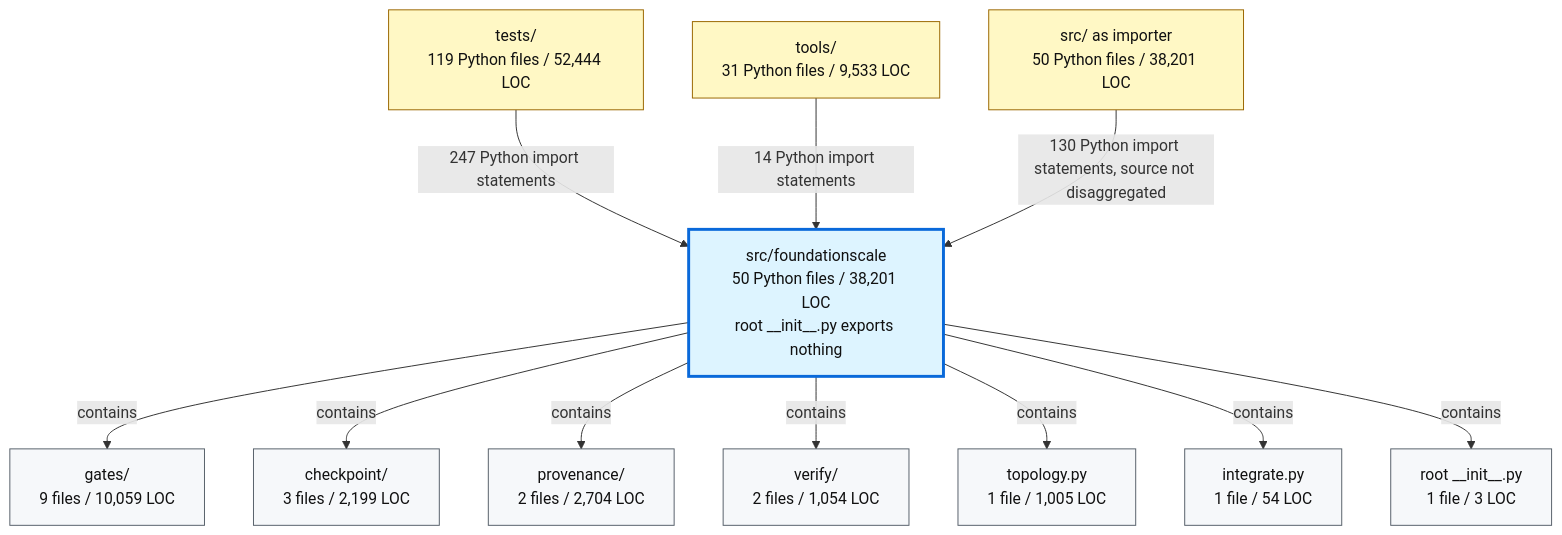
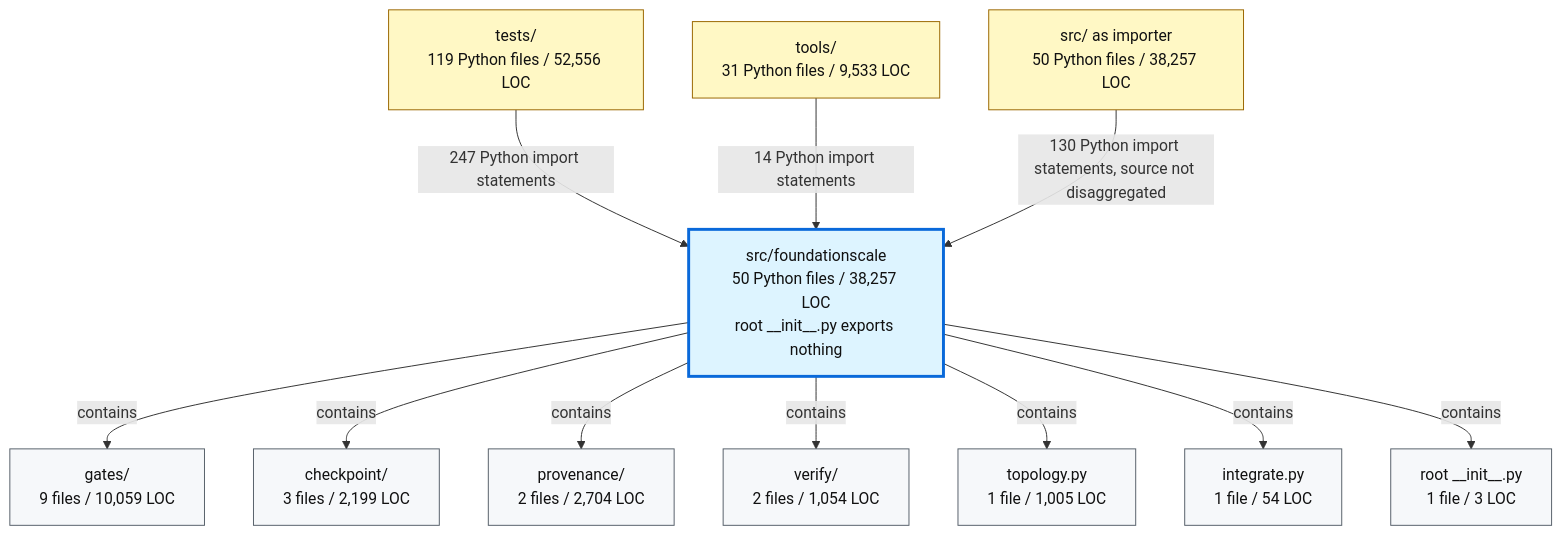
Before and after one commit to TranNhiem/FoundationScale: the second of 2 diagrams in docs/review/D2_current_architecture.md, drawn with Mermaid. The commit also changed other lines of this file and 19 other files, not shown here.

````diff
--- a/docs/review/D2_current_architecture.md
+++ b/docs/review/D2_current_architecture.md
@@ -97,36 +97,36 @@
 ```mermaid
 flowchart TB
-  TESTS["tests/<br/>119 Python files / 52,444 LOC"]
+  TESTS["tests/<br/>119 Python files / 52,556 LOC"]
   TOOLS["tools/<br/>31 Python files / 9,533 LOC"]
-  SRC["src/ as importer<br/>50 Python files / 38,201 LOC"]
+  SRC["src/ as importer<br/>50 Python files / 38,257 LOC"]
 
-  FS["src/foundationscale<br/>50 Python files / 38,201 LOC<br/>root __init__.py exports nothing"]
+  FS["src/foundationscale<br/>50 Python files / 38,257 LOC<br/>root __init__.py exports nothing"]
 
   GATES["gates/<br/>9 files / 10,059 LOC"]
   CKPT["checkpoint/<br/>3 files / 2,199 LOC"]
   PROV["provenance/<br/>2 files / 2,704 LOC"]
   VERIFY["verify/<br/>2 files / 1,054 LOC"]
   TOPO["topology.py<br/>1 file / 1,005 LOC"]
   INTEG["integrate.py<br/>1 file / 54 LOC"]
   ROOT["root __init__.py<br/>1 file / 3 LOC"]
 
   TESTS -->|"247 Python import statements"| FS
   TOOLS -->|"14 Python import statements"| FS
   SRC -->|"130 Python import statements, source not disaggregated"| FS
 
   FS -->|"contains"| GATES
   FS -->|"contains"| CKPT
   FS -->|"contains"| PROV
   FS -->|"contains"| VERIFY
   FS -->|"contains"| TOPO
   FS -->|"contains"| INTEG
   FS -->|"contains"| ROOT
 
   classDef consumer fill:#fff8c5,stroke:#9a6700,color:#111;
   classDef package fill:#ddf4ff,stroke:#0969da,stroke-width:3px,color:#111;
   classDef module fill:#f6f8fa,stroke:#57606a,color:#111;
 
   class TESTS,TOOLS,SRC consumer;
   class FS package;
   class GATES,CKPT,PROV,VERIFY,TOPO,INTEG,ROOT module;
 ```
````
